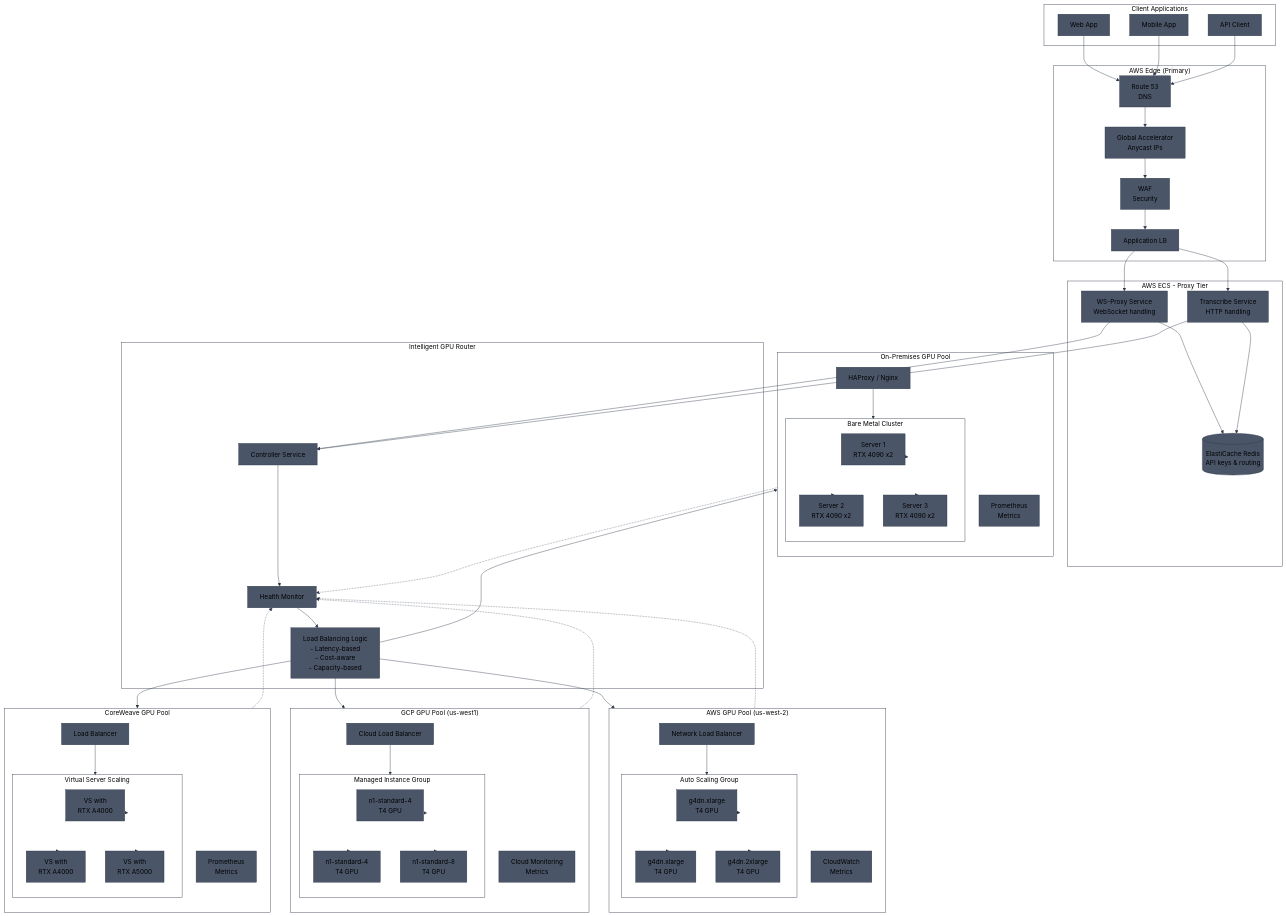
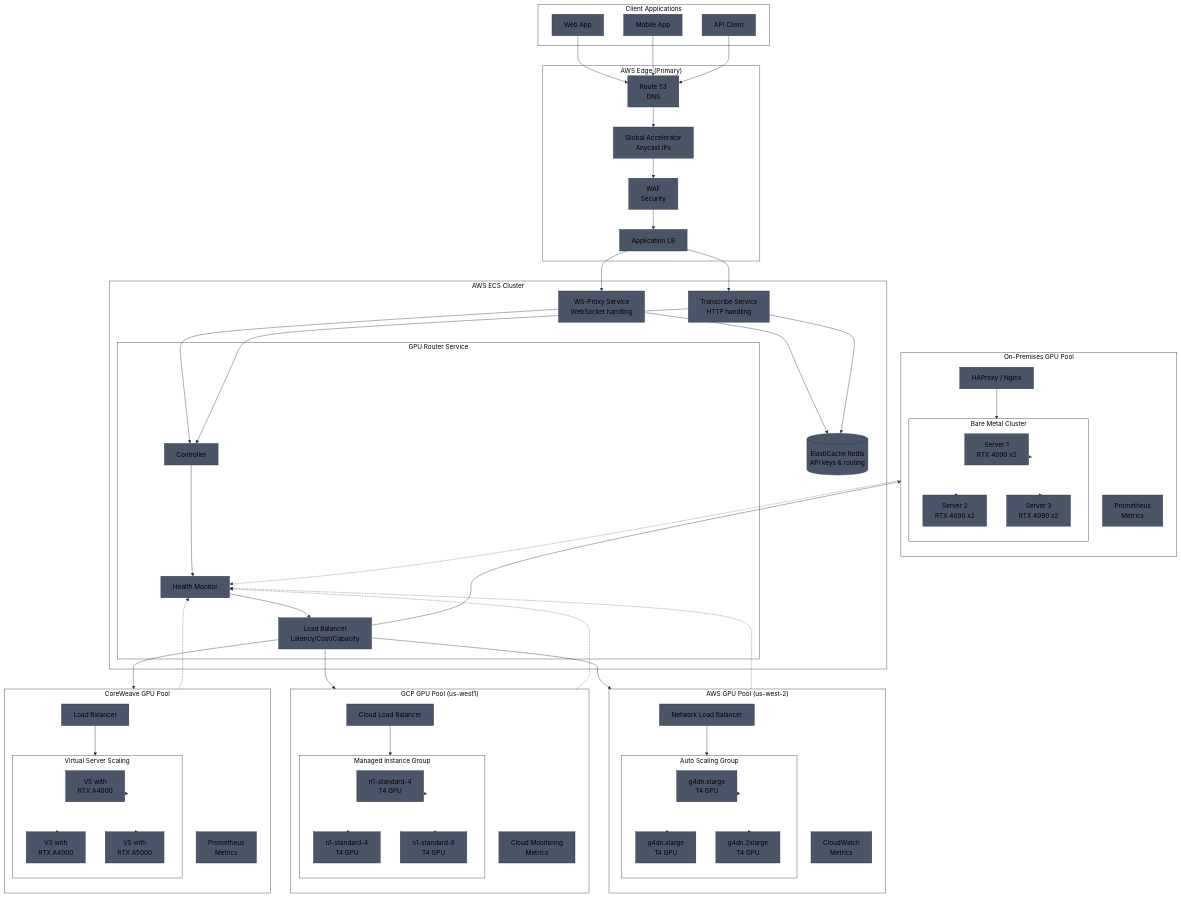
One commit to aldea-ai/infrastructure-docs changed the second of 10 diagrams in diagrams/multi-cloud-gpu-architecture.md. Above: the diagram before and after it, drawn with Mermaid. The commit also changed other lines of this file, not shown here.

Commit message:
Move GPU router into ECS cluster with other services

```diff
--- a/diagrams/multi-cloud-gpu-architecture.md
+++ b/diagrams/multi-cloud-gpu-architecture.md
@@ -88,16 +87,15 @@
         ALB[Application LB]
     end
 
-    subgraph AWS_ECS["AWS ECS - Proxy Tier"]
+    subgraph AWS_ECS["AWS ECS Cluster"]
         WS_PROXY[WS-Proxy Service<br/>WebSocket handling]
         HTTP_PROXY[Transcribe Service<br/>HTTP handling]
         REDIS[(ElastiCache Redis<br/>API keys & routing)]
-    end
-
-    subgraph ROUTER["Intelligent GPU Router"]
-        CTRL[Controller Service]
-        HM[Health Monitor]
-        LB_LOGIC[Load Balancing Logic<br/>- Latency-based<br/>- Cost-aware<br/>- Capacity-based]
+        subgraph ROUTER["GPU Router Service"]
+            CTRL[Controller]
+            HM[Health Monitor]
+            LB_LOGIC[Load Balancer<br/>Latency/Cost/Capacity]
+        end
     end
 
     subgraph AWS_POOL["AWS GPU Pool (us-west-2)"]
```
